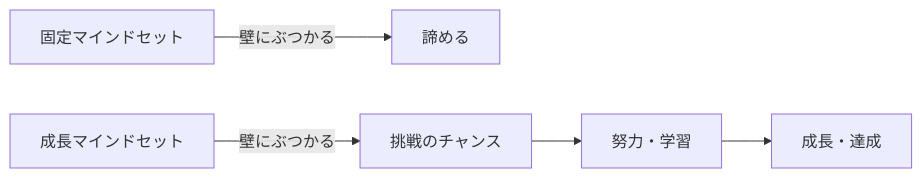
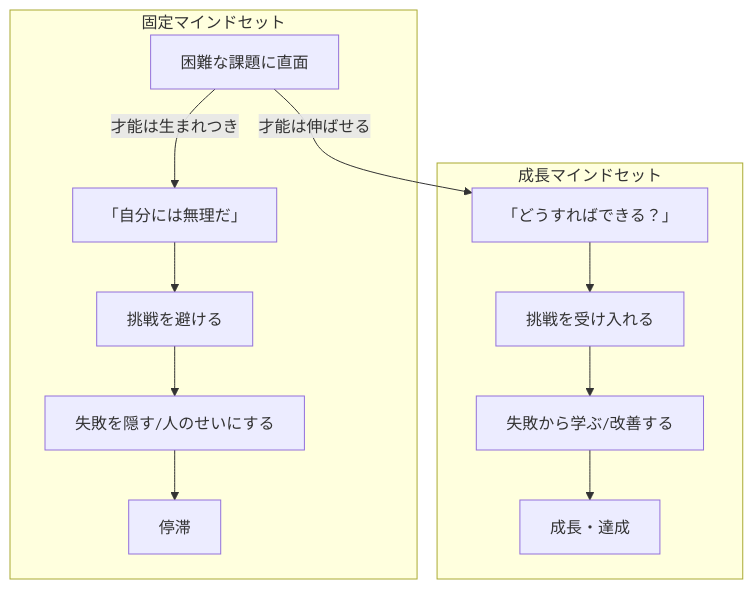
The diagram in content/blog/051-growth-mindset.md (tndg16-bot/portfolio-site), drawn with Mermaid before and after one commit. The commit also changed other lines of this file and 125 other files, not shown here.

First line of the commit message:
Add Mermaid diagrams to blog articles (Nano-Banana Refresh)

````diff
--- a/content/blog/051-growth-mindset.md
+++ b/content/blog/051-growth-mindset.md
@@ -19,7 +21,18 @@
 ```mermaid
-graph LR
-    A[固定マインドセット] -->|壁にぶつかる| B[諦める]
-    C[成長マインドセット] -->|壁にぶつかる| D[挑戦のチャンス]
-    D --> E[努力・学習]
-    E --> F[成長・達成]
+graph TD
+    Start[困難な課題に直面]
+    
+    subgraph Fixed[固定マインドセット]
+    Start -->|才能は生まれつき| A1[「自分には無理だ」]
+    A1 --> A2[挑戦を避ける]
+    A2 --> A3[失敗を隠す/人のせいにする]
+    A3 --> Result1[停滞]
+    end
+    
+    subgraph Growth[成長マインドセット]
+    Start -->|才能は伸ばせる| B1[「どうすればできる？」]
+    B1 --> B2[挑戦を受け入れる]
+    B2 --> B3[失敗から学ぶ/改善する]
+    B3 --> Result2[成長・達成]
+    end
 ```
````
